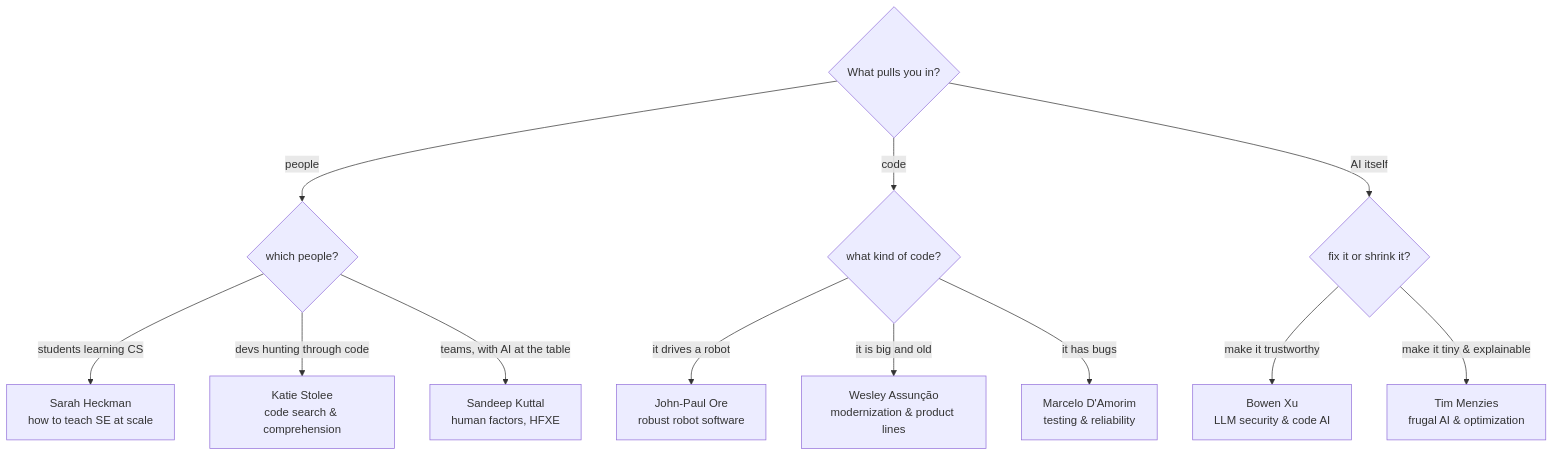
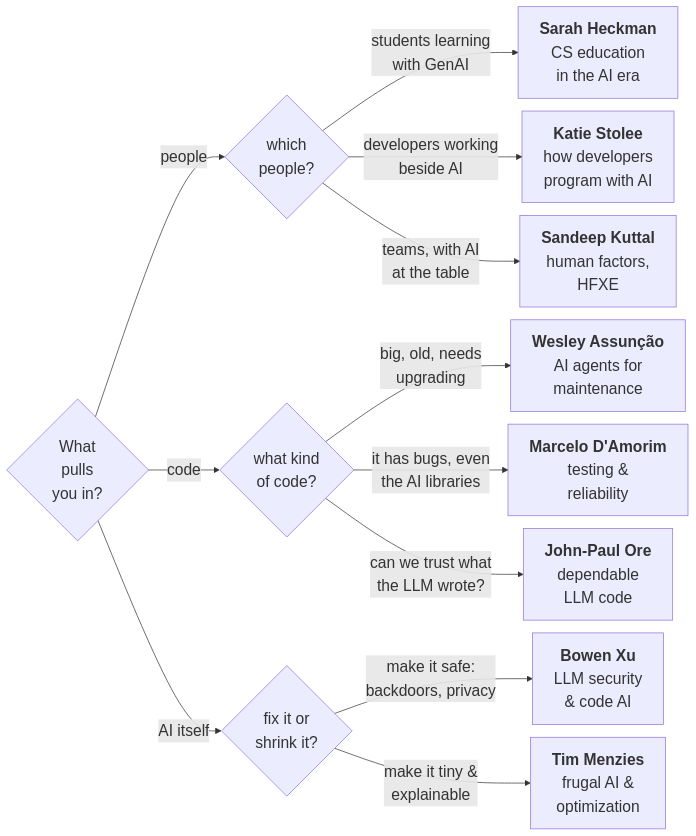
Before and after one commit to ncsu-software/tmp: the diagram in pick.md, drawn with Mermaid. The commit also changed 4 other files, not shown here.

````diff
--- a/pick.md
+++ b/pick.md
@@ -17,15 +17,16 @@
 ```mermaid
-flowchart TD
-  A{What pulls you in?}
-  A -->|people| B{which people?}
-  A -->|code| C{what kind of code?}
-  A -->|AI itself| D{fix it or shrink it?}
-  B -->|students learning CS| SH[Sarah Heckman<br>how to teach SE at scale]
-  B -->|devs hunting through code| KS[Katie Stolee<br>code search & comprehension]
-  B -->|teams, with AI at the table| SK[Sandeep Kuttal<br>human factors, HFXE]
-  C -->|it drives a robot| JP[John-Paul Ore<br>robust robot software]
-  C -->|it is big and old| WA[Wesley Assunção<br>modernization & product lines]
-  C -->|it has bugs| MD[Marcelo D'Amorim<br>testing & reliability]
-  D -->|make it trustworthy| BX[Bowen Xu<br>LLM security & code AI]
-  D -->|make it tiny & explainable| TM[Tim Menzies<br>frugal AI & optimization]
+%%{init: {'themeVariables': {'fontSize': '22px'}, 'flowchart': {'nodeSpacing': 18, 'rankSpacing': 28}}}%%
+flowchart LR
+  A{What<br>pulls<br>you in?}
+  A -->|people| B{which<br>people?}
+  A -->|code| C{what kind<br>of code?}
+  A -->|AI itself| D{fix it or<br>shrink it?}
+  B -->|students learning<br>with GenAI| SH[<b>Sarah Heckman</b><br>CS education<br>in the AI era]
+  B -->|developers working<br>beside AI| KS[<b>Katie Stolee</b><br>how developers<br>program with AI]
+  B -->|teams, with AI<br>at the table| SK[<b>Sandeep Kuttal</b><br>human factors,<br>HFXE]
+  C -->|big, old, needs<br>upgrading| WA[<b>Wesley Assunção</b><br>AI agents for<br>maintenance]
+  C -->|it has bugs, even<br>the AI libraries| MD[<b>Marcelo D'Amorim</b><br>testing &<br>reliability]
+  C -->|can we trust what<br>the LLM wrote?| JP[<b>John-Paul Ore</b><br>dependable<br>LLM code]
+  D -->|make it safe:<br>backdoors, privacy| BX[<b>Bowen Xu</b><br>LLM security<br>& code AI]
+  D -->|make it tiny &<br>explainable| TM[<b>Tim Menzies</b><br>frugal AI &<br>optimization]
 ```
````
